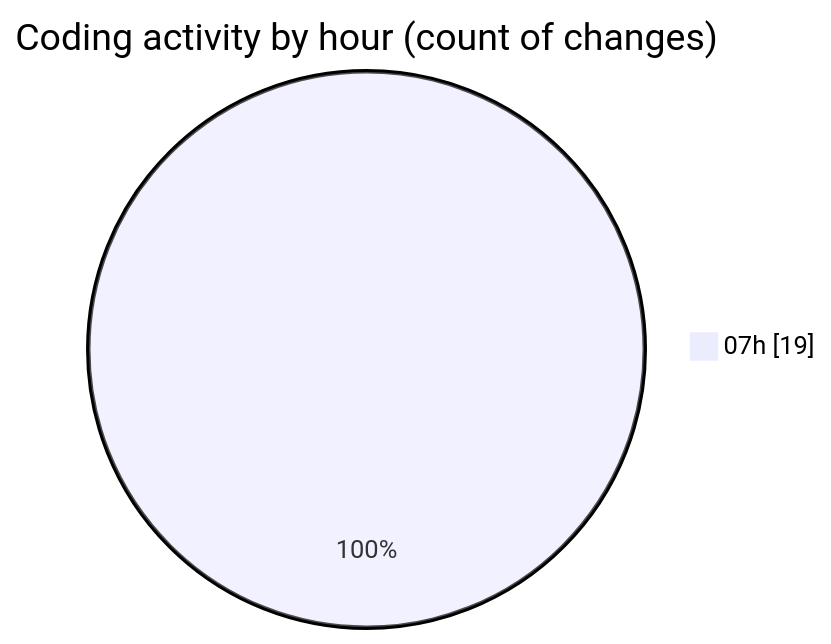
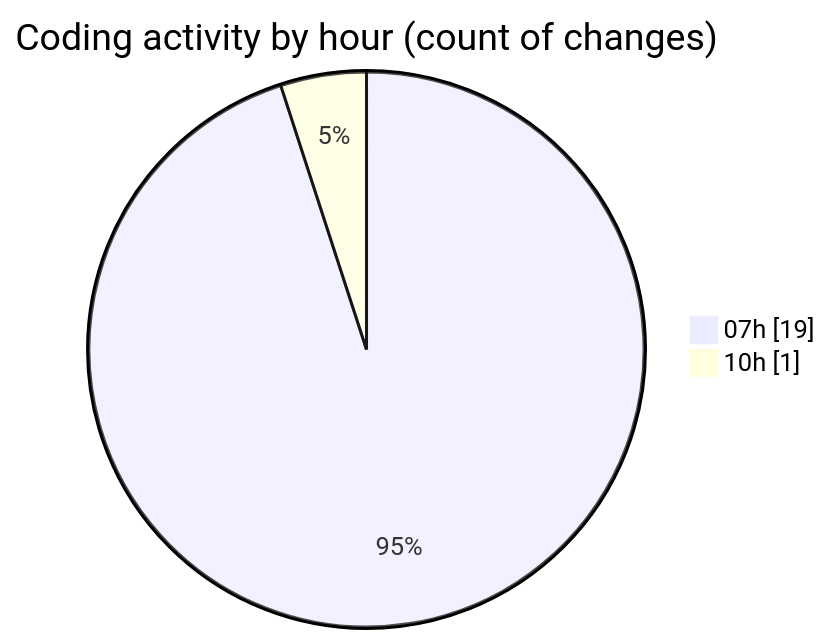
The second of 2 diagrams in 2026-04-25/darkwire/README.md (tmsrecording-cyber/code-tracking), drawn with Mermaid before and after one commit. The commit also changed other lines of this file and 1 other file, not shown here.

````diff
--- a/2026-04-25/darkwire/README.md
+++ b/2026-04-25/darkwire/README.md
@@ -45,5 +46,6 @@
 ```mermaid
 pie showData
 title Coding activity by hour (count of changes)
 "07h" : 19
+"10h" : 1
 ```
````
